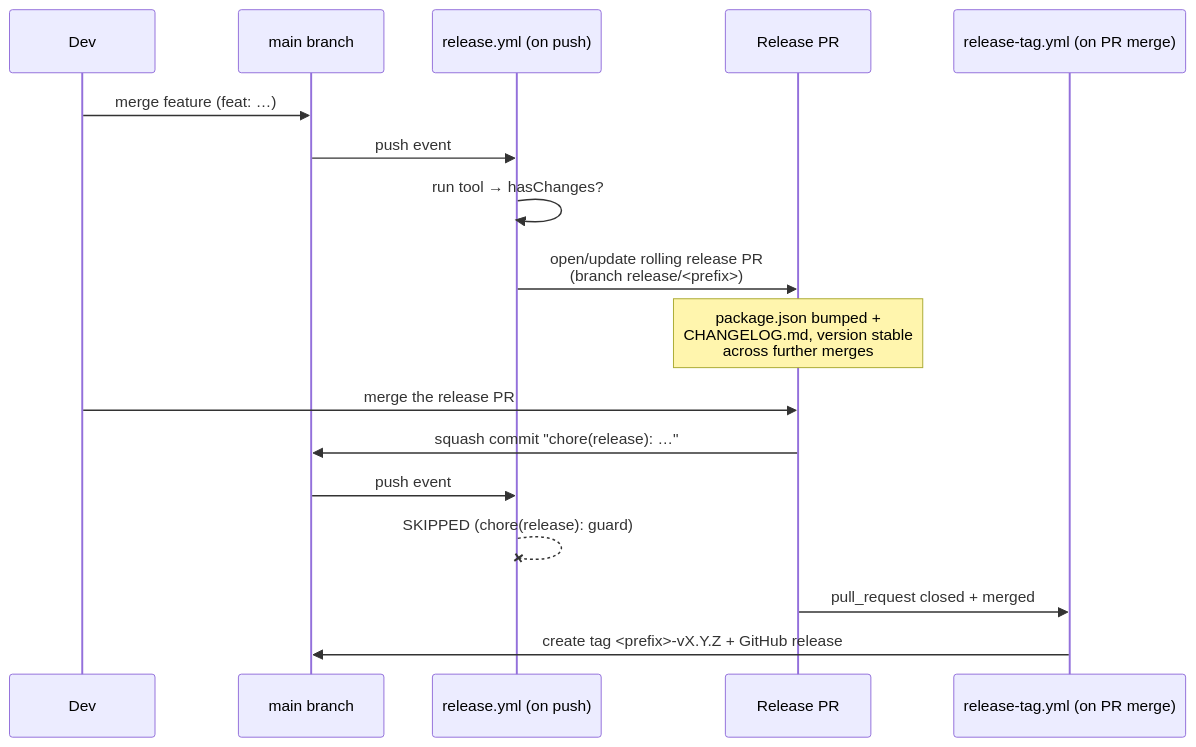
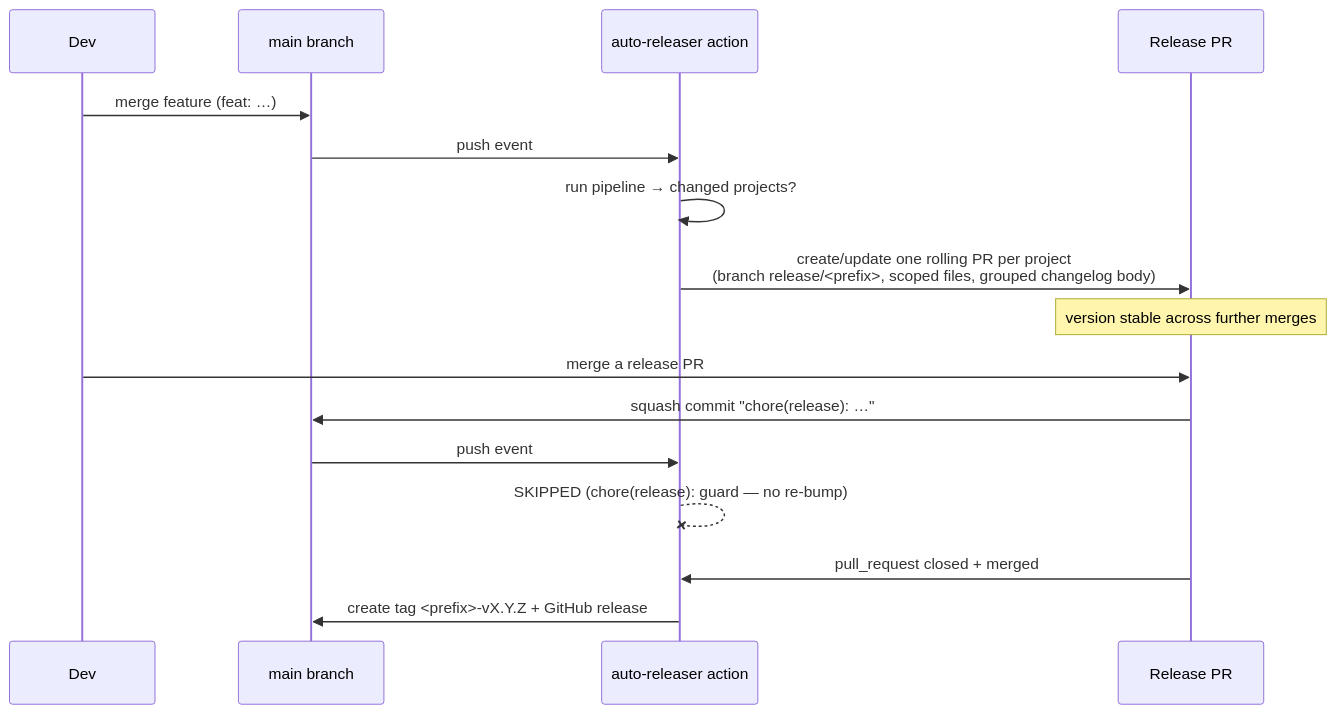
Before and after one commit to Mcbeer/auto-releaser: the third of 5 diagrams in README.md, drawn with Mermaid. The commit also changed other lines of this file and 3 other files, not shown here.

First line of the commit message:
fix: replace broken release workflows with proper action CI

````diff
--- a/README.md
+++ b/README.md
@@ -86,21 +119,20 @@
 ```mermaid
 sequenceDiagram
     participant Dev
     participant main as main branch
-    participant Push as release.yml (on push)
+    participant Act as auto-releaser action
     participant PR as Release PR
-    participant Tag as release-tag.yml (on PR merge)
 
     Dev->>main: merge feature (feat: …)
-    main->>Push: push event
-    Push->>Push: run tool → hasChanges?
-    Push->>PR: open/update rolling release PR<br/>(branch release/<prefix>)
-    Note over PR: package.json bumped +<br/>CHANGELOG.md, version stable<br/>across further merges
+    main->>Act: push event
+    Act->>Act: run pipeline → changed projects?
+    Act->>PR: create/update one rolling PR per project<br/>(branch release/<prefix>, scoped files, grouped changelog body)
+    Note over PR: version stable across further merges
 
-    Dev->>PR: merge the release PR
+    Dev->>PR: merge a release PR
     PR->>main: squash commit "chore(release): …"
-    main->>Push: push event
-    Push--xPush: SKIPPED (chore(release): guard)
-    PR->>Tag: pull_request closed + merged
-    Tag->>main: create tag <prefix>-vX.Y.Z + GitHub release
+    main->>Act: push event
+    Act--xAct: SKIPPED (chore(release): guard — no re-bump)
+    PR->>Act: pull_request closed + merged
+    Act->>main: create tag <prefix>-vX.Y.Z + GitHub release
 ```
````
